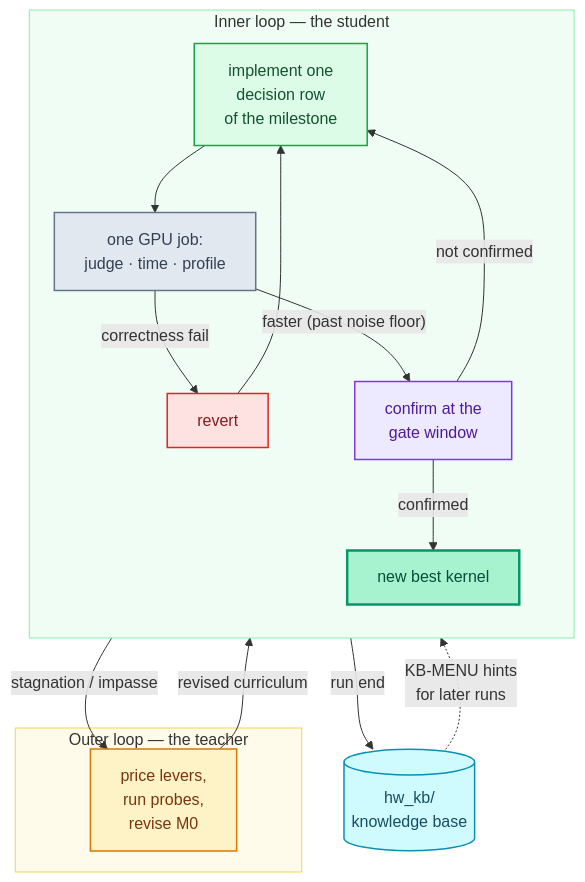
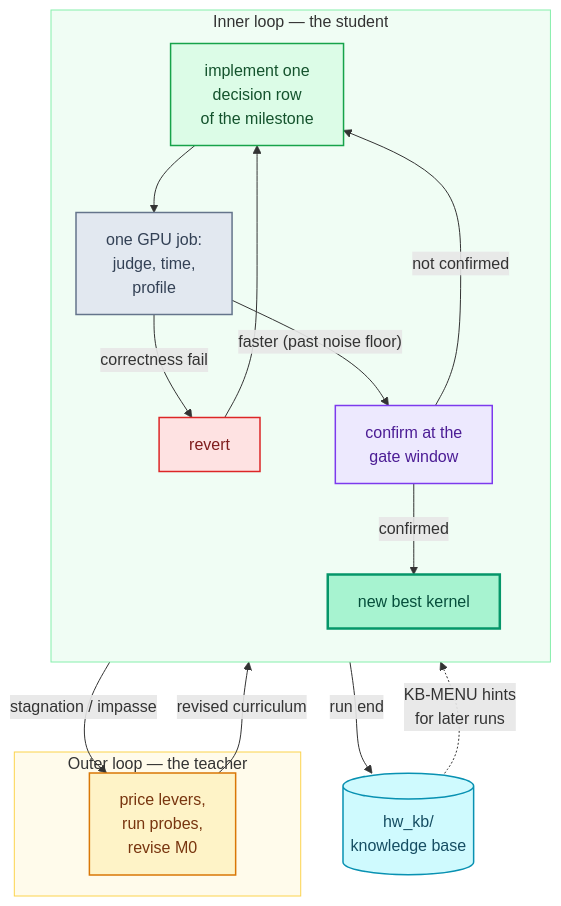
One commit to ChaseZhang-ai/RSI-Kernel-Tune changed the second of 2 diagrams in README.md. Above: the diagram before and after it, drawn with Mermaid. The commit also changed other lines of this file, not shown here.

Commit message:
docs: replace interpunct and ampersand separators in the diagram labels with plain punctuation (read as rendering artifacts at a glance)

````diff
--- a/README.md
+++ b/README.md
@@ -256,42 +256,42 @@
 ```mermaid
 ---
 config:
   flowchart:
     nodeSpacing: 30
     rankSpacing: 42
 ---
 flowchart TD
     subgraph INNER["Inner loop — the student"]
         direction TB
-        S["implement one<br/>decision row<br/>of the milestone"] --> JOB["one GPU job:<br/>judge · time · profile"]
+        S["implement one<br/>decision row<br/>of the milestone"] --> JOB["one GPU job:<br/>judge, time,<br/>profile"]
         JOB -->|"correctness fail"| REV["revert"]
         REV --> S
         JOB -->|"faster (past noise floor)"| NB["confirm at the<br/>gate window"]
         NB -->|"confirmed"| BEST["new best kernel"]
         NB -->|"not confirmed"| S
     end
     subgraph OUTER["Outer loop — the teacher"]
         T["price levers,<br/>run probes,<br/>revise M0"]
     end
     BEST -->|"stagnation / impasse"| T
     T -->|"revised curriculum"| S
     BEST -->|"run end"| KB[("hw_kb/<br/>knowledge base")]
     KB -.->|"KB-MENU hints<br/>for later runs"| S
 
     classDef student fill:#DCFCE7,stroke:#16A34A,color:#14532D,stroke-width:1.5px
     classDef job fill:#E2E8F0,stroke:#64748B,color:#334155,stroke-width:1.5px
     classDef revert fill:#FEE2E2,stroke:#DC2626,color:#7F1D1D,stroke-width:1.5px
     classDef gate fill:#EDE9FE,stroke:#7C3AED,color:#4C1D95,stroke-width:1.5px
     classDef best fill:#A7F3D0,stroke:#059669,color:#064E3B,stroke-width:2.5px
     classDef teacher fill:#FEF3C7,stroke:#D97706,color:#78350F,stroke-width:1.5px
     classDef kb fill:#CFFAFE,stroke:#0891B2,color:#164E63,stroke-width:1.5px
     class S student
     class JOB job
     class REV revert
     class NB gate
     class BEST best
     class T teacher
     class KB kb
     style INNER fill:#F0FDF4,stroke:#86EFAC,stroke-width:1px
     style OUTER fill:#FFFBEB,stroke:#FCD34D,stroke-width:1px
 ```
````
